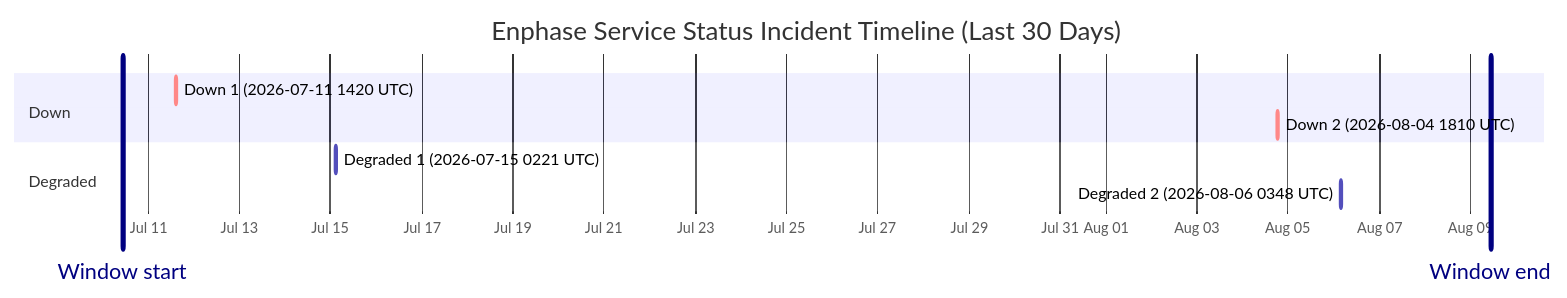
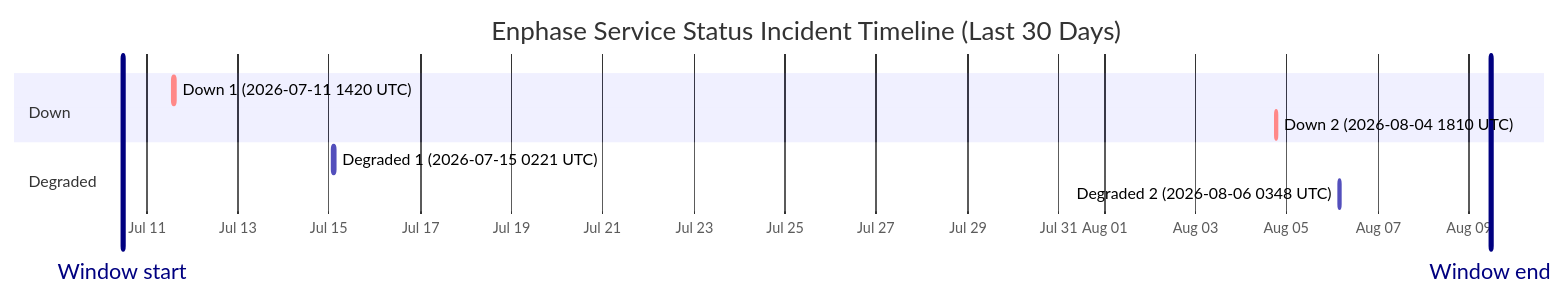
The diagram in wiki/Service-Status-History.md (barneyonline/ha-enphase-energy), drawn with Mermaid before and after one commit. The commit also changed other lines of this file and 3 other files, not shown here.

````diff
--- a/wiki/Service-Status-History.md
+++ b/wiki/Service-Status-History.md
@@ -14,14 +14,14 @@
 ```mermaid
 gantt
     title Enphase Service Status Incident Timeline (Last 30 Days)
     dateFormat  YYYY-MM-DDTHH:mm:ss
     axisFormat  %b %d
-    Window start :vert, window-start, 2026-07-10T10:32:12, 0ms
-    Window end :vert, window-end, 2026-08-09T10:32:12, 0ms
+    Window start :vert, window-start, 2026-07-10T11:26:49, 0ms
+    Window end :vert, window-end, 2026-08-09T11:26:49, 0ms
     section Down
     Down 1 (2026-07-11 1420 UTC) :crit, down-1, 2026-07-11T14:20:54, 69m
     Down 2 (2026-08-04 1810 UTC) :crit, down-2, 2026-08-04T18:10:46, 60m
     section Degraded
     Degraded 1 (2026-07-15 0221 UTC) :active, degraded-1, 2026-07-15T02:21:35, 60m
     Degraded 2 (2026-08-06 0348 UTC) :active, degraded-2, 2026-08-06T03:48:14, 60m
 ```
````
